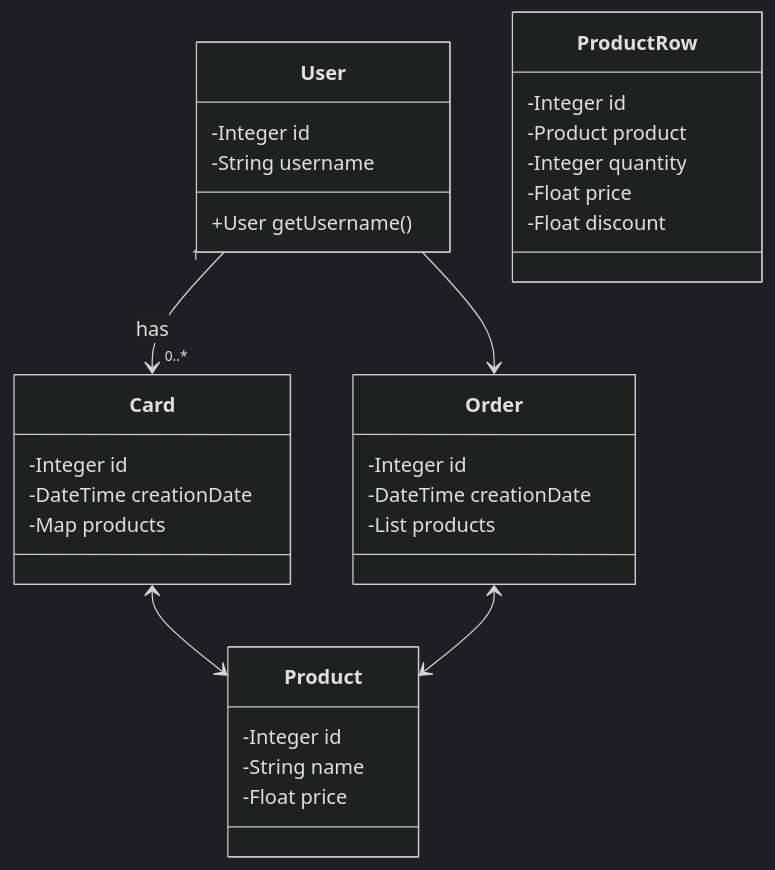
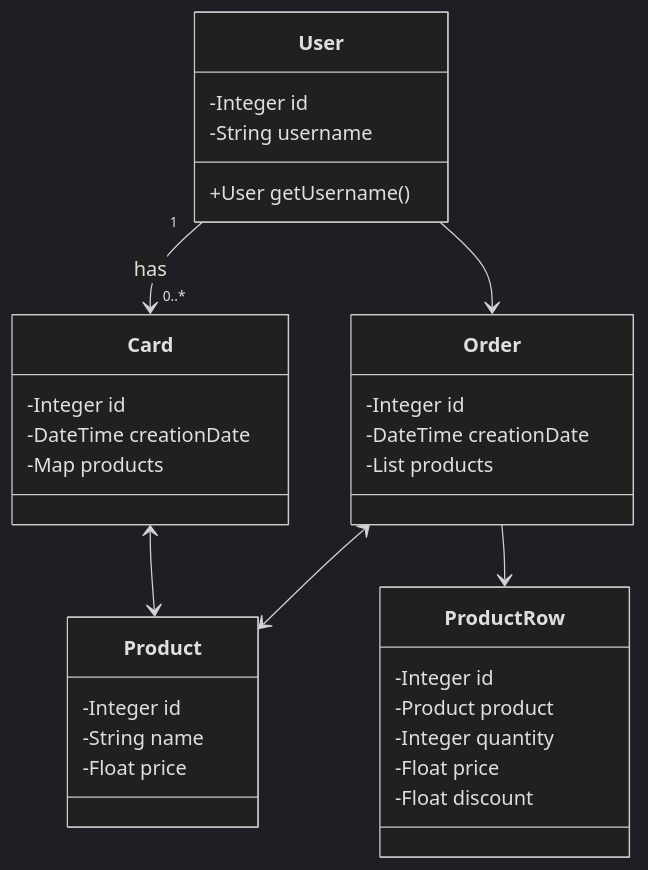
One commit to shiipou/simplon-2024-springboot changed the diagram in README.md. Above: the diagram before and after it, drawn with Mermaid (dark theme).

Commit message:
doc(readme): Add mermaidjs diagram

````diff
--- a/README.md
+++ b/README.md
@@ -9,35 +9,36 @@
 ```mermaid
 classDiagram
     User "1"-->"0..*" Card : has
     Card <--> Product
     Order <--> Product
     User --> Order
+    Order --> ProductRow
     
     class User {
       -Integer id
       -String username
       +User getUsername()
     }
     class Product {
         -Integer id
         -String name
         -Float price
     }
     class Card {
         -Integer id
         -DateTime creationDate
         -Map<Product, Integer> products
     }
     class Order {
         -Integer id
         -DateTime creationDate
         -List<ProductRow> products
     }
     class ProductRow {
         -Integer id
         -Product product
         -Integer quantity
         -Float price
         -Float discount
     }
 ```
````
